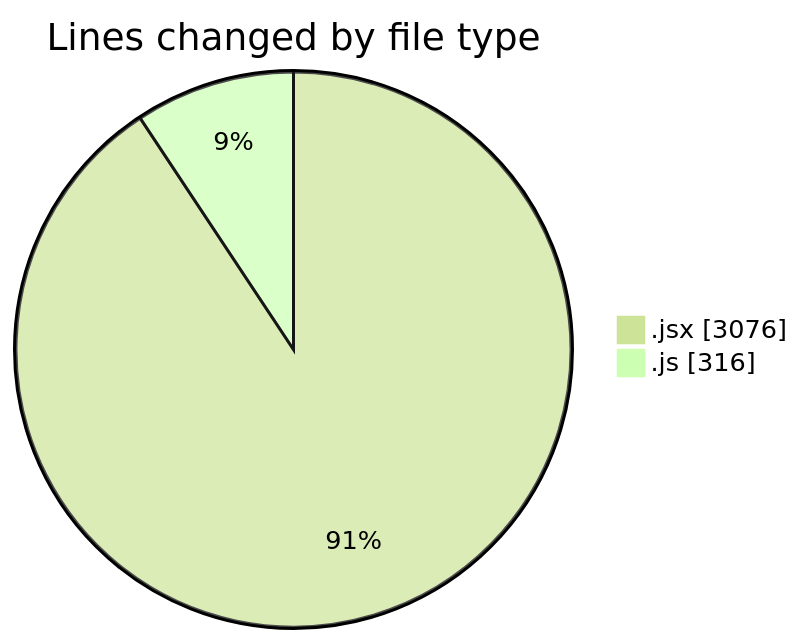
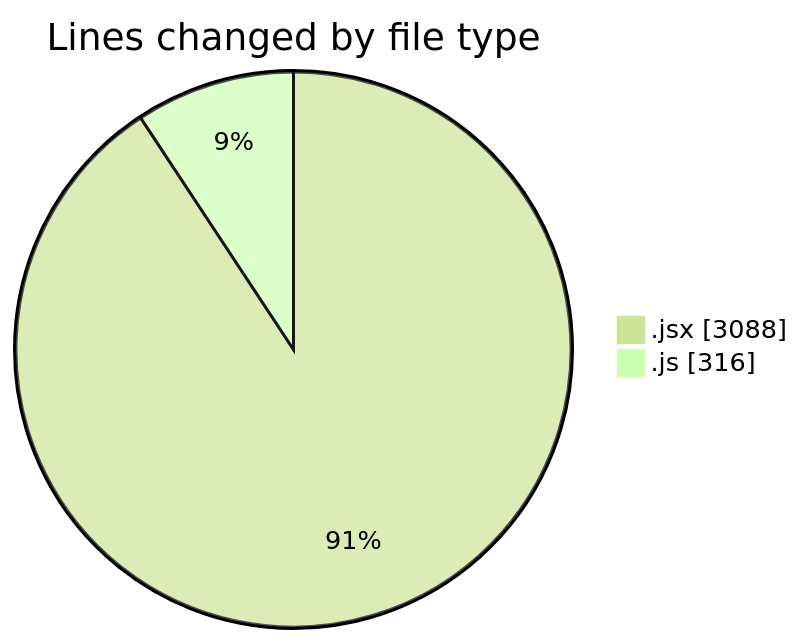
The first of 2 diagrams in 2025-07-10/argos/README.md (nxtqubesakshisongat/code-tracking), drawn with Mermaid (forest theme) before and after one commit. The commit also changed other lines of this file and 1 other file, not shown here.

````diff
--- a/2025-07-10/argos/README.md
+++ b/2025-07-10/argos/README.md
@@ -25,6 +25,6 @@
 ```mermaid
 pie showData
 title Lines changed by file type
-".jsx" : 3076
+".jsx" : 3088
 ".js" : 316
 ```
````
